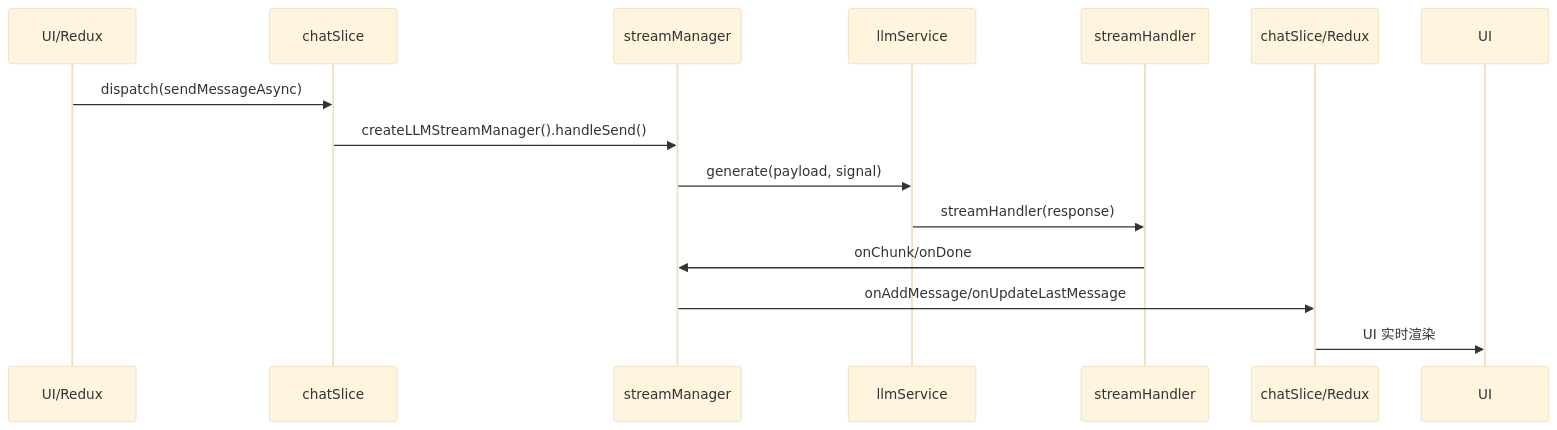
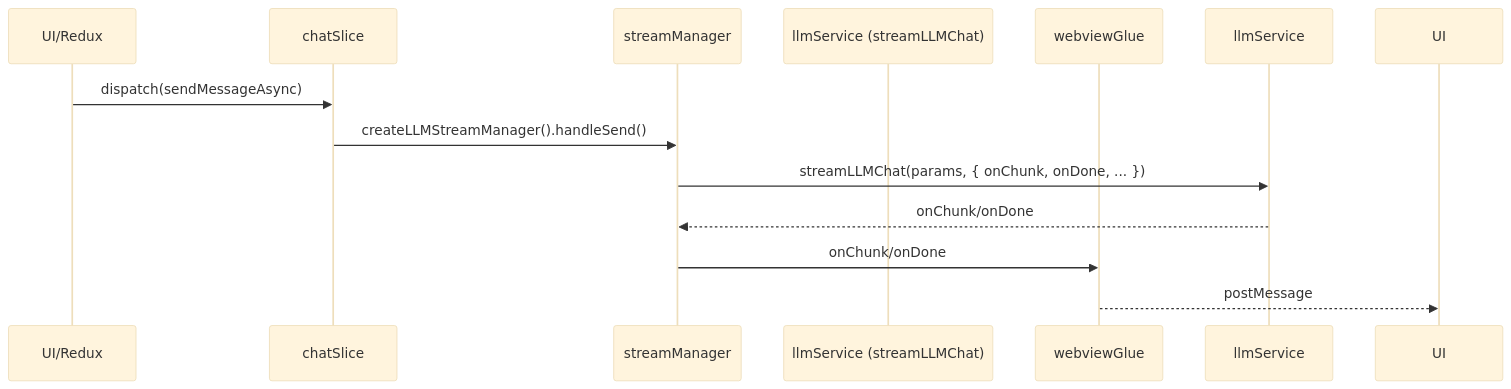
The diagram in engine/stream/README-llm-stream-calling-chain.md (cybermanhao/ai-chat), drawn with Mermaid (base theme) before and after one commit. The commit also changed other lines of this file and 15 other files, not shown here.

````diff
--- a/engine/stream/README-llm-stream-calling-chain.md
+++ b/engine/stream/README-llm-stream-calling-chain.md
@@ -57,16 +102,15 @@
 ```mermaid
 sequenceDiagram
 participant UI/Redux
 participant chatSlice
 participant streamManager
-participant llmService
-participant streamHandler
+participant llmService (streamLLMChat)
+participant webviewGlue
 
 UI/Redux->>chatSlice: dispatch(sendMessageAsync)
 chatSlice->>streamManager: createLLMStreamManager().handleSend()
-streamManager->>llmService: generate(payload, signal)
-llmService->>streamHandler: streamHandler(response)
-streamHandler->>streamManager: onChunk/onDone
-streamManager->>chatSlice/Redux: onAddMessage/onUpdateLastMessage
-chatSlice/Redux->>UI: UI 实时渲染
+streamManager->>llmService: streamLLMChat(params, { onChunk, onDone, ... })
+llmService-->>streamManager: onChunk/onDone
+streamManager->>webviewGlue: onChunk/onDone
+webviewGlue-->>UI: postMessage
 ```
````
